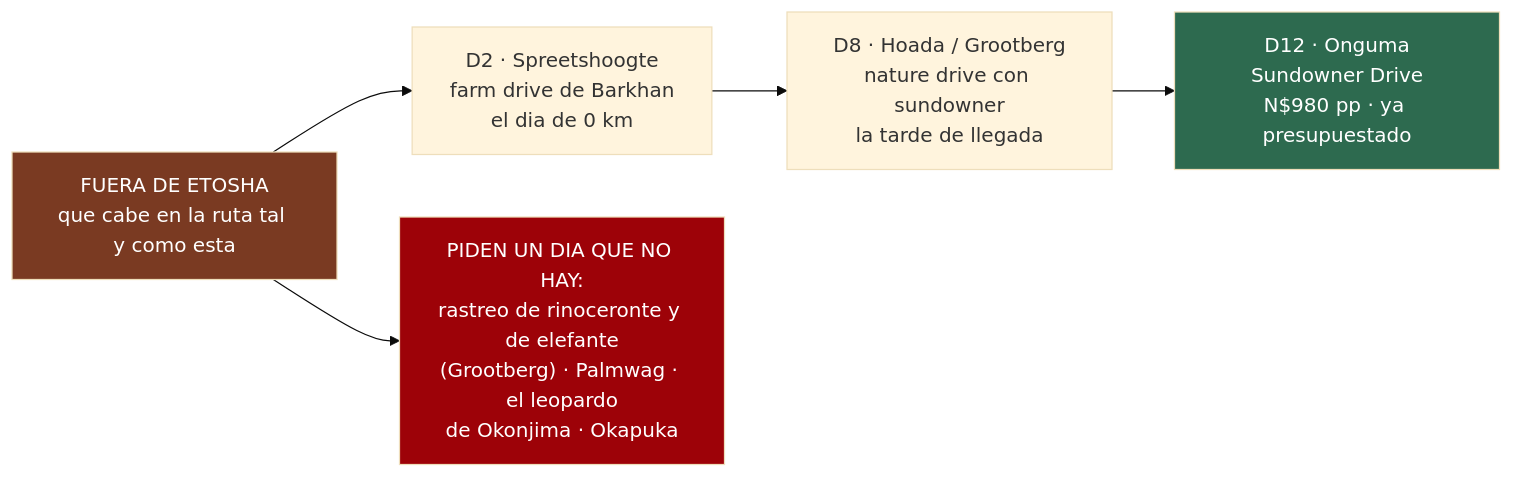
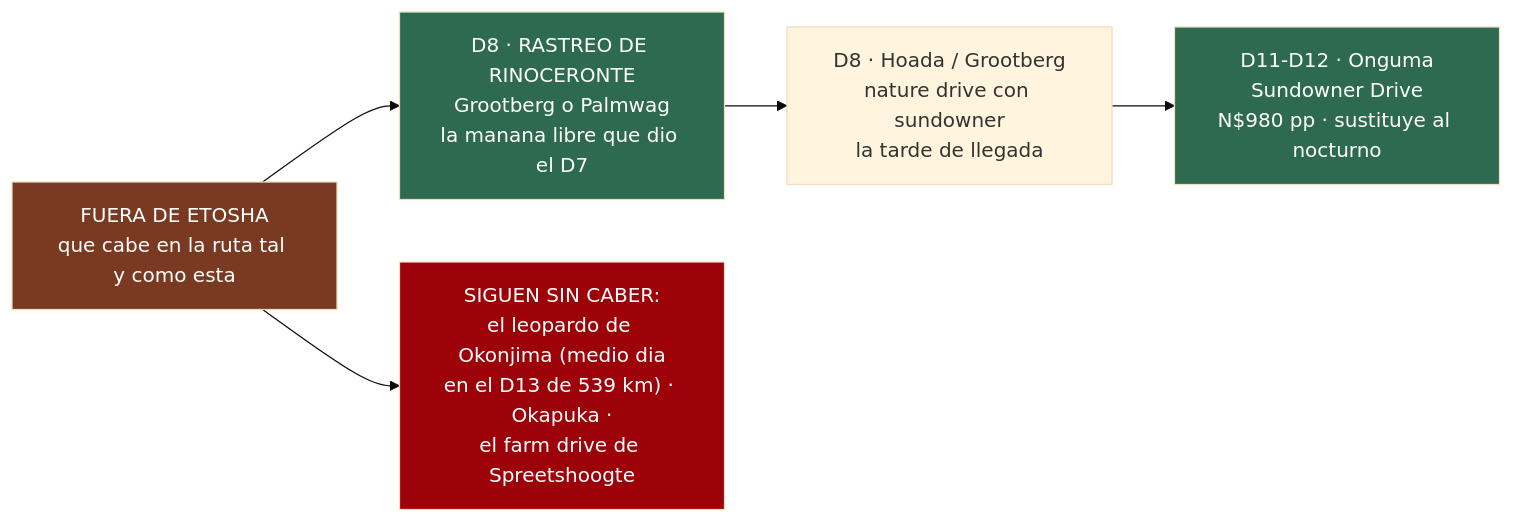
Before and after one commit to morandeirachema/namibia: the first of 2 diagrams in 11-entradas-y-permisos.md, drawn with Mermaid (base theme). The commit also changed other lines of this file and 44 other files, not shown here.

First line of the commit message:
El calendario se rehace sobre las reservas hechas: Spreetshoogte una noche, Twyfelfontein nueva y Onguma por Namutoni

````diff
--- a/11-entradas-y-permisos.md
+++ b/11-entradas-y-permisos.md
@@ -166,14 +172,15 @@
 ```mermaid
 flowchart LR
 %% ancho
     T["FUERA DE ETOSHA<br/>que cabe en la ruta tal y como esta"]
-    S["D2 · Spreetshoogte<br/>farm drive de Barkhan<br/>el dia de 0 km"]
+    S["D8 · RASTREO DE RINOCERONTE<br/>Grootberg o Palmwag<br/>la manana libre que dio el D7"]
     G["D8 · Hoada / Grootberg<br/>nature drive con sundowner<br/>la tarde de llegada"]
-    O["D12 · Onguma<br/>Sundowner Drive<br/>N$980 pp · ya presupuestado"]
-    X["PIDEN UN DIA QUE NO HAY:<br/>rastreo de rinoceronte y de elefante<br/>(Grootberg) · Palmwag · el leopardo<br/>de Okonjima · Okapuka"]
+    O["D11-D12 · Onguma<br/>Sundowner Drive<br/>N$980 pp · sustituye al nocturno"]
+    X["SIGUEN SIN CABER:<br/>el leopardo de Okonjima (medio dia<br/>en el D13 de 539 km) · Okapuka ·<br/>el farm drive de Spreetshoogte"]
     T --> S --> G --> O
     T --> X
     style T fill:#7a3a22,color:#fff
+    style S fill:#2d6a4f,color:#fff
     style O fill:#2d6a4f,color:#fff
     style X fill:#9d0208,color:#fff
 ```
````
